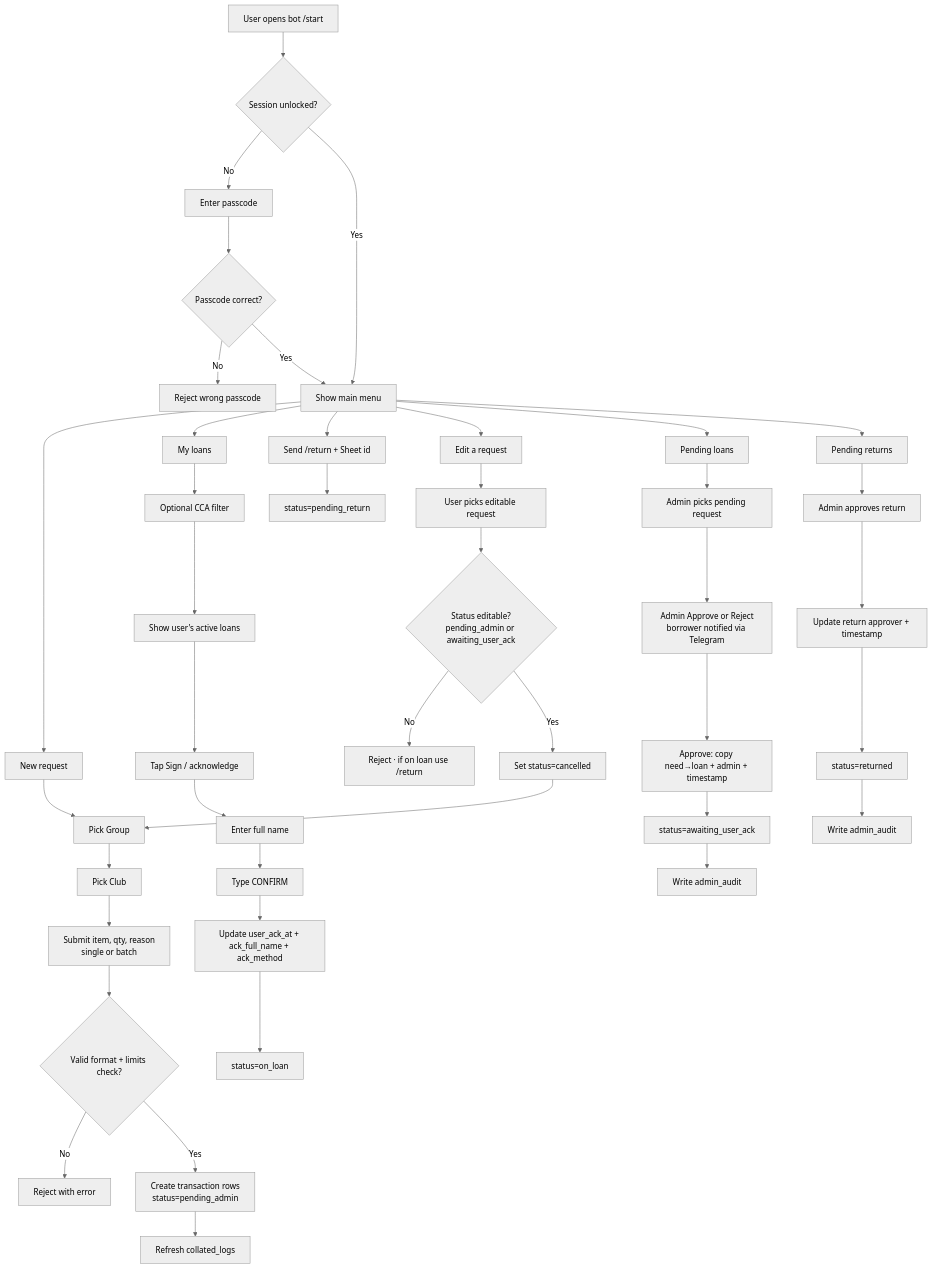
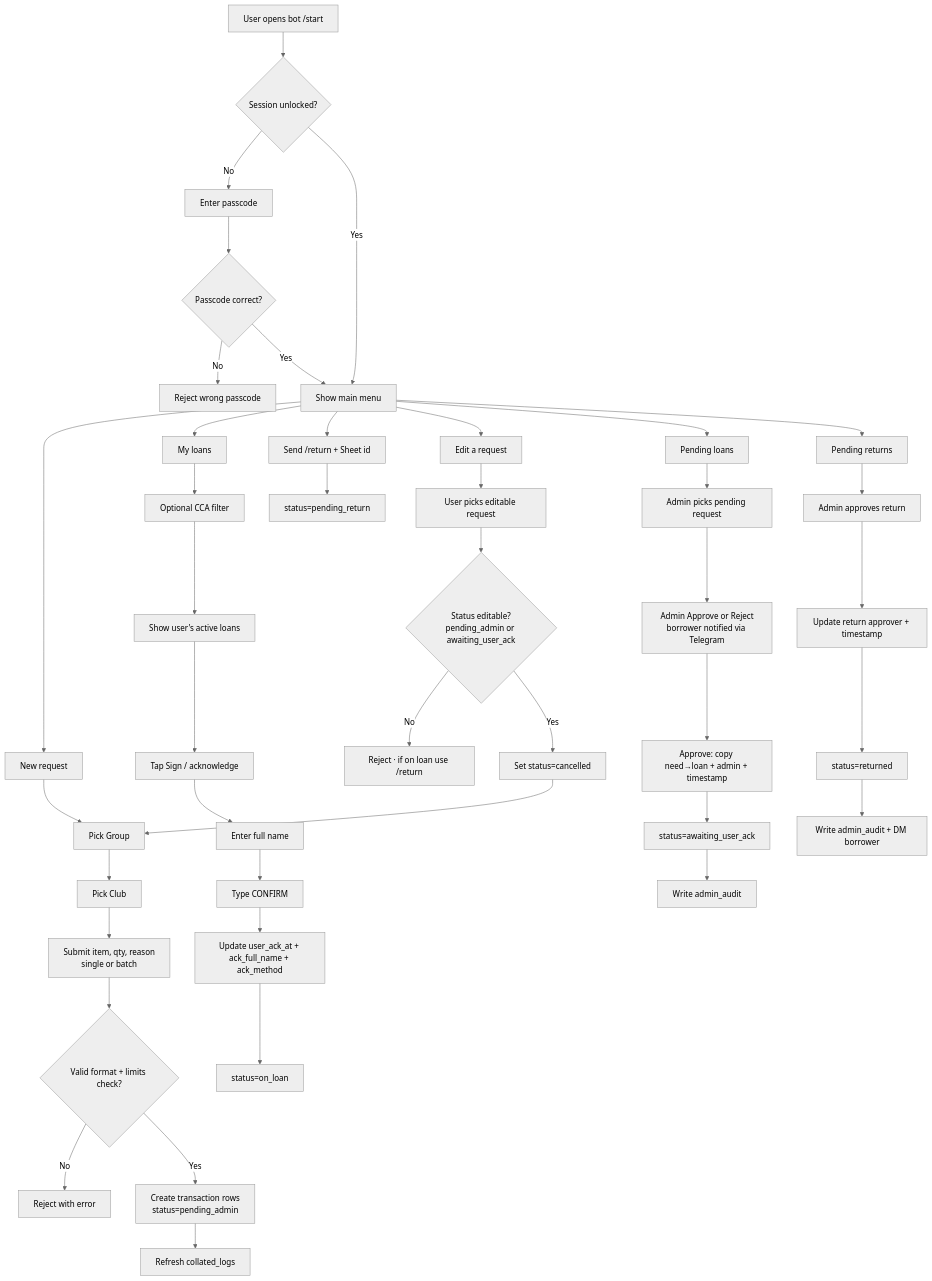
The diagram in README.md (yinasaurus/vvc-telebot), drawn with Mermaid (neutral theme) before and after one commit. The commit also changed other lines of this file and 2 other files, not shown here.

Commit message:
perf(ux): batch sheet appends, parallel limits reads + audit/DMs, clearer copy on lag and queues

````diff
--- a/README.md
+++ b/README.md
@@ -32,50 +40,50 @@
 ```mermaid
 flowchart TD
     A[User opens bot /start] --> B{Session unlocked?}
     B -- No --> C[Enter passcode]
     C --> D{Passcode correct?}
     D -- No --> E[Reject wrong passcode]
     D -- Yes --> F[Show main menu]
     B -- Yes --> F
 
     F --> G[New request]
     F --> H[My loans]
     F --> IR[Send /return + Sheet id]
     F --> J[Edit a request]
     F --> K[Pending loans]
     F --> L[Pending returns]
 
     G --> G1[Pick Group]
     G1 --> G2[Pick Club]
     G2 --> G3[Submit item, qty, reason<br/>single or batch]
     G3 --> G4{Valid format + limits check?}
     G4 -- No --> G5[Reject with error]
     G4 -- Yes --> G6[Create transaction rows<br/>status=pending_admin]
     G6 --> G7[Refresh collated_logs]
 
     K --> K1[Admin picks pending request]
     K1 --> K2[Admin Approve or Reject<br/>borrower notified via Telegram]
     K2 --> K3[Approve: copy need→loan + admin + timestamp]
     K3 --> K4[status=awaiting_user_ack]
     K4 --> K5[Write admin_audit]
 
     H --> H1[Optional CCA filter]
     H1 --> H2[Show user's active loans]
     H2 --> H3[Tap Sign / acknowledge]
     H3 --> H4[Enter full name]
     H4 --> H5[Type CONFIRM]
     H5 --> H6[Update user_ack_at + ack_full_name + ack_method]
     H6 --> H7[status=on_loan]
 
     IR --> IR1[status=pending_return]
     L --> L1[Admin approves return]
     L1 --> L2[Update return approver + timestamp]
     L2 --> L3[status=returned]
-    L3 --> L4[Write admin_audit]
+    L3 --> L4[Write admin_audit + DM borrower]
 
     J --> J1[User picks editable request]
     J1 --> J2{Status editable?<br/>pending_admin or awaiting_user_ack}
     J2 -- No --> J3[Reject · if on loan use /return]
     J2 -- Yes --> J4[Set status=cancelled]
     J4 --> G1
 ```
````
